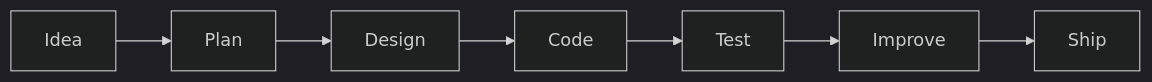
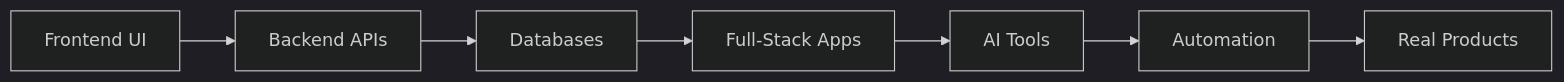
Before and after one commit to Eduarcito/Eduarcito: the diagram in README.md, drawn with Mermaid (dark theme). The commit also changed other lines of this file, not shown here.

First line of the commit message:
Enhance README: full-stack and AI focus

````diff
--- a/README.md
+++ b/README.md
@@ -110,9 +150,9 @@
 ```mermaid
 flowchart LR
-    A["Idea"] --> B["Plan"]
-    B --> C["Design"]
-    C --> D["Code"]
-    D --> E["Test"]
-    E --> F["Improve"]
-    F --> G["Ship"]
+    A["Frontend UI"] --> B["Backend APIs"]
+    B --> C["Databases"]
+    C --> D["Full-Stack Apps"]
+    D --> E["AI Tools"]
+    E --> F["Automation"]
+    F --> G["Real Products"]
 ```
````
